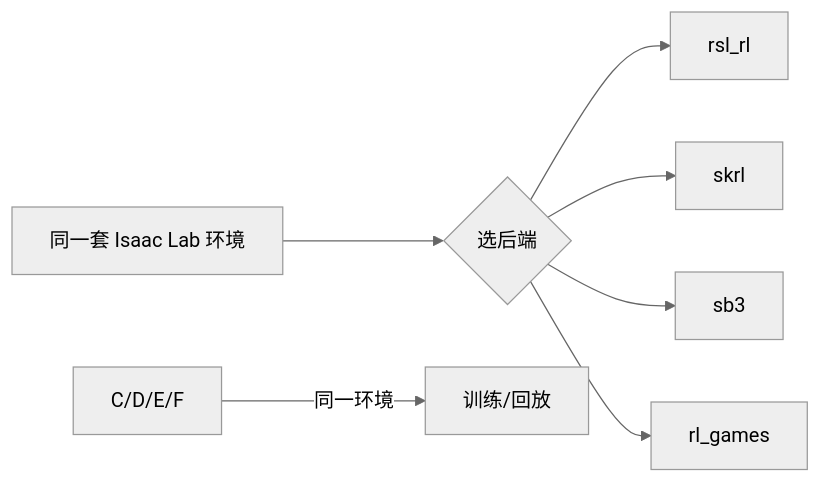
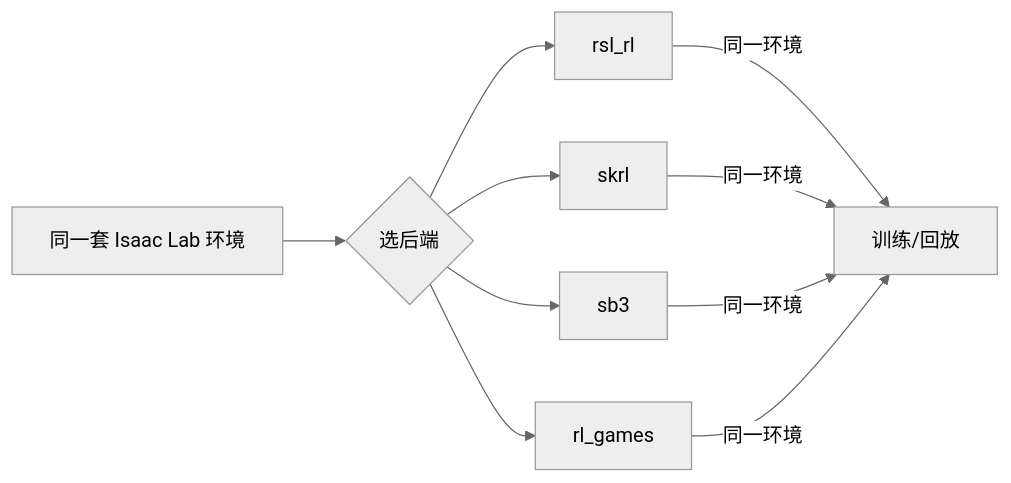
Before and after one commit to Kytolly/wiki-tutorial-Isaac: the diagram in page/advance/RL后端对比与选型.md, drawn with Mermaid (neutral theme). The commit also changed 3 other files, not shown here.

Commit message:
fix: 修复 3 处 mermaid 语法错误（多源连边、重复节点ID、未加引号括号）

````diff
--- a/page/advance/RL后端对比与选型.md
+++ b/page/advance/RL后端对比与选型.md
@@ -33,9 +33,9 @@
 ```mermaid
 flowchart LR
     A[同一套 Isaac Lab 环境] --> B{选后端}
     B --> C[rsl_rl]
     B --> D[skrl]
     B --> E[sb3]
     B --> F[rl_games]
-    C/D/E/F -->|同一环境| G[训练/回放]
+    C & D & E & F -->|同一环境| G[训练/回放]
 ```
````
